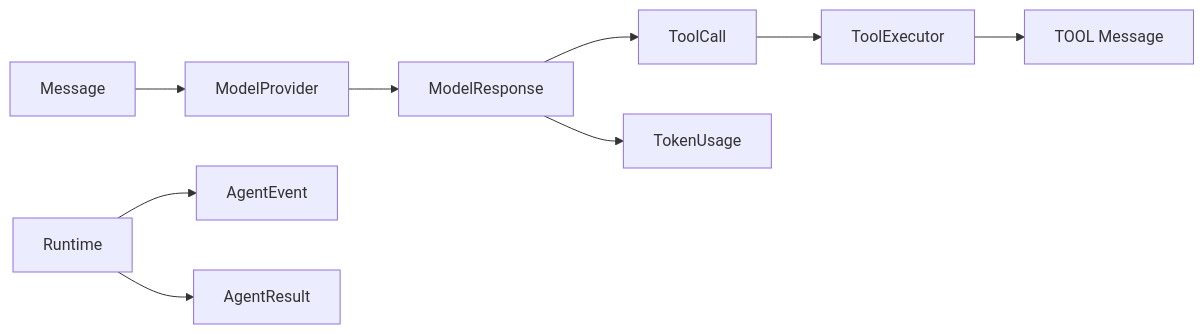
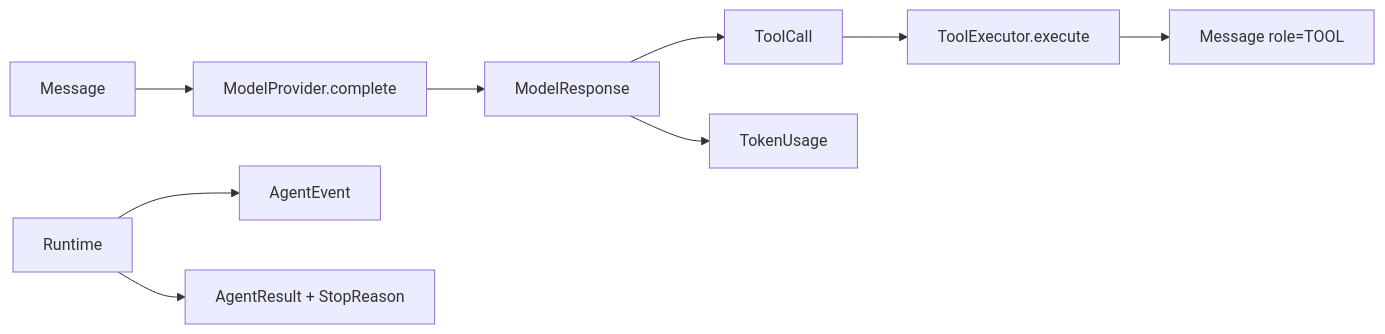
Before and after one commit to levalencia/archon: the first of 2 diagrams in docs/course/concepts/typed-runtime.md, drawn with Mermaid. The commit also changed other lines of this file and 10 other files, not shown here.

````diff
--- a/docs/course/concepts/typed-runtime.md
+++ b/docs/course/concepts/typed-runtime.md
@@ -7,9 +25,11 @@
 ```mermaid
 flowchart LR
-  Message --> ModelProvider --> ModelResponse
-  ModelResponse --> ToolCall
-  ToolCall --> ToolExecutor --> Message2[TOOL Message]
-  ModelResponse --> TokenUsage
-  Runtime --> AgentEvent
-  Runtime --> AgentResult
+  Message --> Provider[ModelProvider.complete]
+  Provider --> Response[ModelResponse]
+  Response --> Call[ToolCall]
+  Call --> Executor[ToolExecutor.execute]
+  Executor --> ToolMessage[Message role=TOOL]
+  Response --> Usage[TokenUsage]
+  Runtime --> Event[AgentEvent]
+  Runtime --> Result[AgentResult + StopReason]
 ```
````
